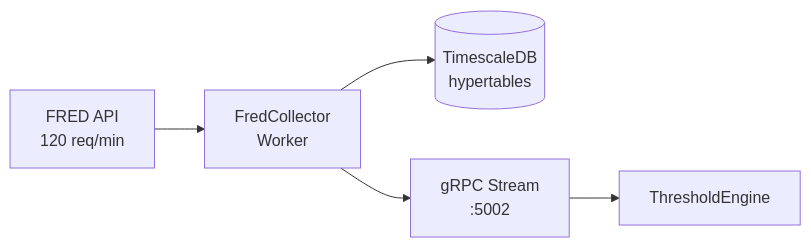
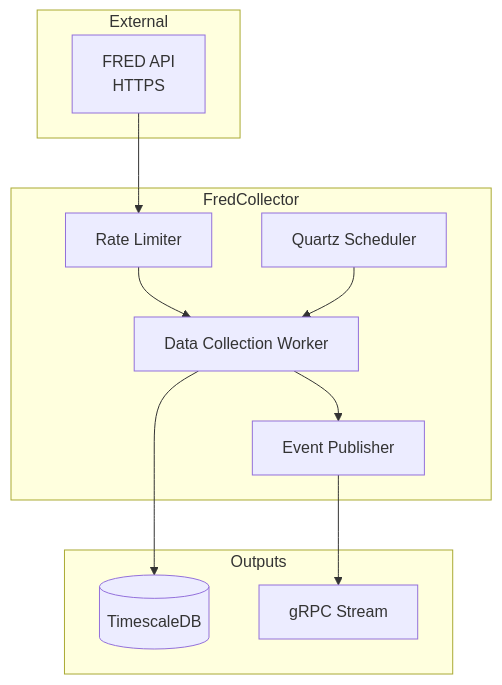
One commit to jpansarasa/ATLAS-Docs changed the diagram in FredCollector/README.md. Above: the diagram before and after it, drawn with Mermaid. The commit also changed other lines of this file and 6 other files, not shown here.

````diff
--- a/FredCollector/README.md
+++ b/FredCollector/README.md
@@ -13,7 +13,25 @@
 ```mermaid
-flowchart LR
-    FRED[FRED API<br/>120 req/min] --> FC[FredCollector<br/>Worker]
-    FC --> DB[(TimescaleDB<br/>hypertables)]
-    FC --> gRPC[gRPC Stream<br/>:5002]
-    gRPC --> TE[ThresholdEngine]
+flowchart TD
+    subgraph External [External]
+        FRED_API[FRED API<br/>HTTPS]
+    end
+
+    subgraph Core [FredCollector]
+        Scheduler[Quartz Scheduler]
+        Worker[Data Collection Worker]
+        RateLimiter[Rate Limiter]
+        Publisher[Event Publisher]
+    end
+
+    subgraph Outputs
+        DB[(TimescaleDB)]
+        Stream[gRPC Stream]
+    end
+
+    FRED_API --> RateLimiter
+    RateLimiter --> Worker
+    Scheduler --> Worker
+    Worker --> DB
+    Worker --> Publisher
+    Publisher --> Stream
 ```
````
